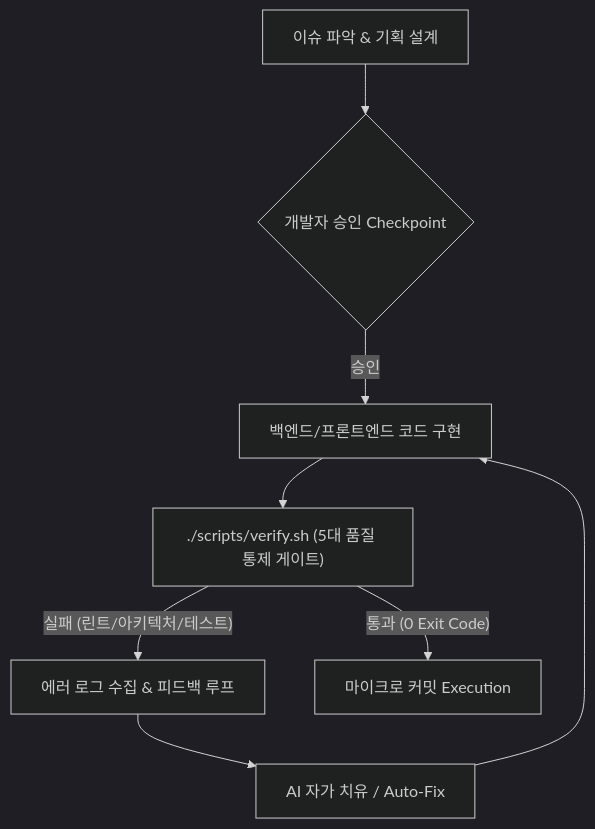
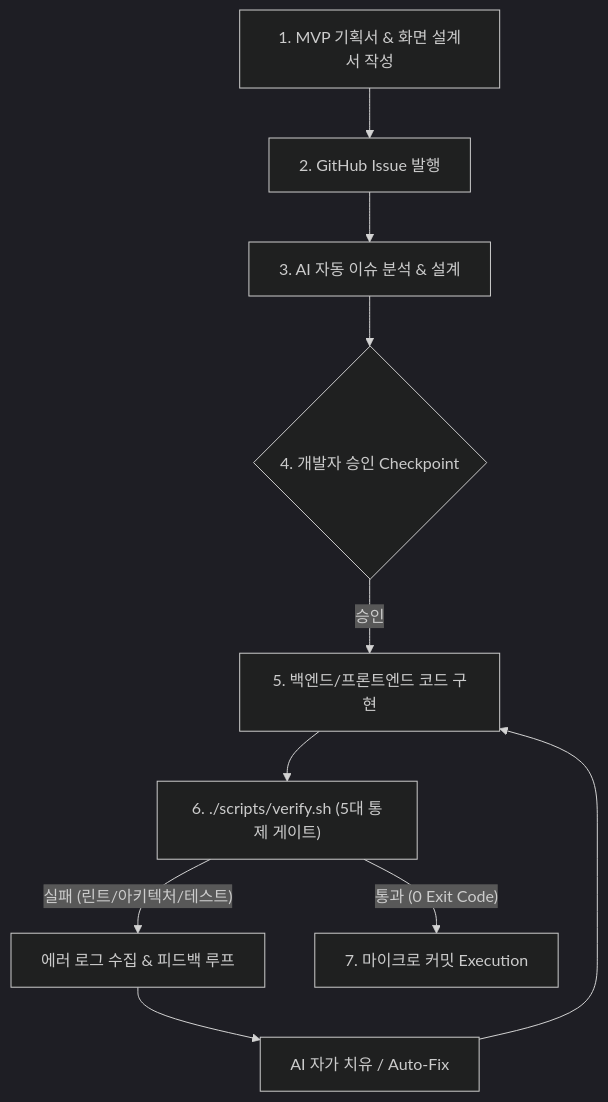
Before and after one commit to ShinhanDSProject/shinhan-delivery: the diagram in docs/presentation/AI-페어-프로그래밍-발표-시나리오-가이드.md, drawn with Mermaid (dark theme). The commit also changed other lines of this file, not shown here.

````diff
--- a/docs/presentation/AI-페어-프로그래밍-발표-시나리오-가이드.md
+++ b/docs/presentation/AI-페어-프로그래밍-발표-시나리오-가이드.md
@@ -67,10 +67,12 @@
 ```mermaid
 flowchart TD
-    Req[이슈 파악 & 기획 설계] --> Approve{개발자 승인 Checkpoint}
-    Approve -- 승인 --> CodeImpl[백엔드/프론트엔드 코드 구현]
-    CodeImpl --> Harness["./scripts/verify.sh (5대 품질 통제 게이트)"]
+    Plan["1. MVP 기획서 & 화면 설계서 작성"] --> Issue["2. GitHub Issue 발행"]
+    Issue --> AIPlan["3. AI 자동 이슈 분석 & 설계"]
+    AIPlan --> Approve{4. 개발자 승인 Checkpoint}
+    Approve -- 승인 --> CodeImpl[5. 백엔드/프론트엔드 코드 구현]
+    CodeImpl --> Harness["6. ./scripts/verify.sh (5대 통제 게이트)"]
     Harness -- "실패 (린트/아키텍처/테스트)" --> Feedback[에러 로그 수집 & 피드백 루프]
     Feedback --> AutoFix[AI 자가 치유 / Auto-Fix]
     AutoFix --> CodeImpl
-    Harness -- "통과 (0 Exit Code)" --> MicroCommit[마이크로 커밋 Execution]
+    Harness -- "통과 (0 Exit Code)" --> MicroCommit[7. 마이크로 커밋 Execution]
 ```
````
